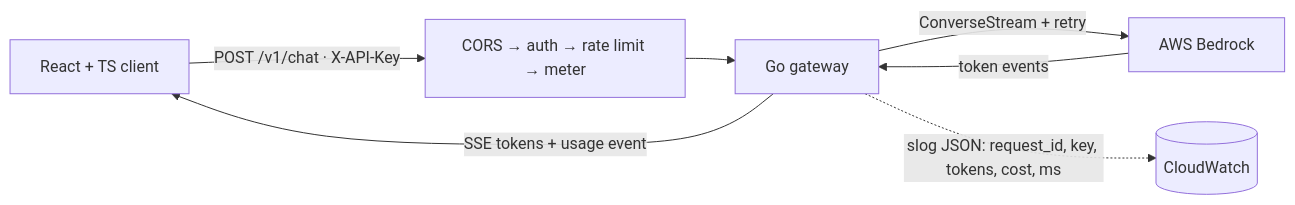
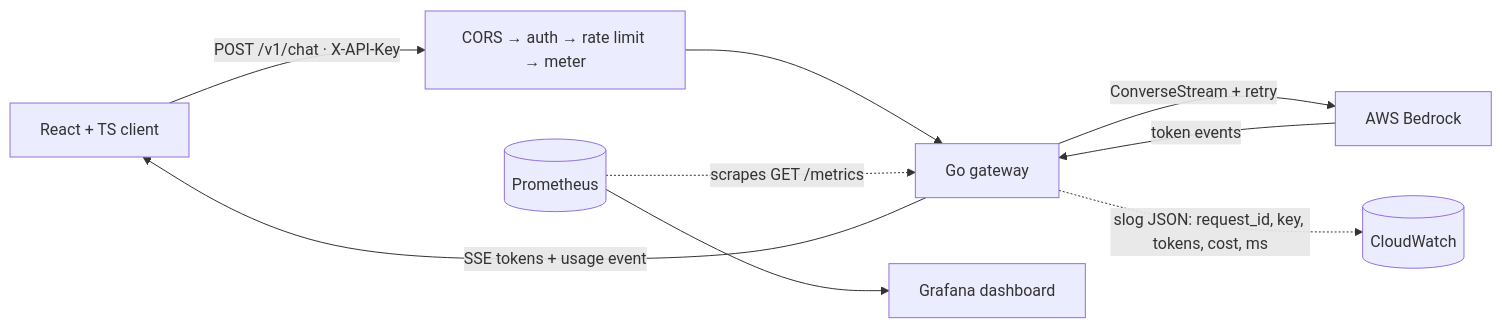
Before and after one commit to Go-Santiago-Go/inference-gateway: the first of 2 diagrams in README.md, drawn with Mermaid. The commit also changed other lines of this file and 15 other files, not shown here.

````diff
--- a/README.md
+++ b/README.md
@@ -36,9 +39,11 @@
 ```mermaid
 flowchart LR
     U["React + TS client"] -->|"POST /v1/chat · X-API-Key"| M["CORS → auth → rate limit → meter"]
     M --> G["Go gateway"]
     G -->|"ConverseStream + retry"| B["AWS Bedrock"]
     B -->|"token events"| G
     G -->|"SSE tokens + usage event"| U
     G -.->|"slog JSON: request_id, key, tokens, cost, ms"| L[("CloudWatch")]
+    P[("Prometheus")] -.->|"scrapes GET /metrics"| G
+    P --> D["Grafana dashboard"]
 ```
````
